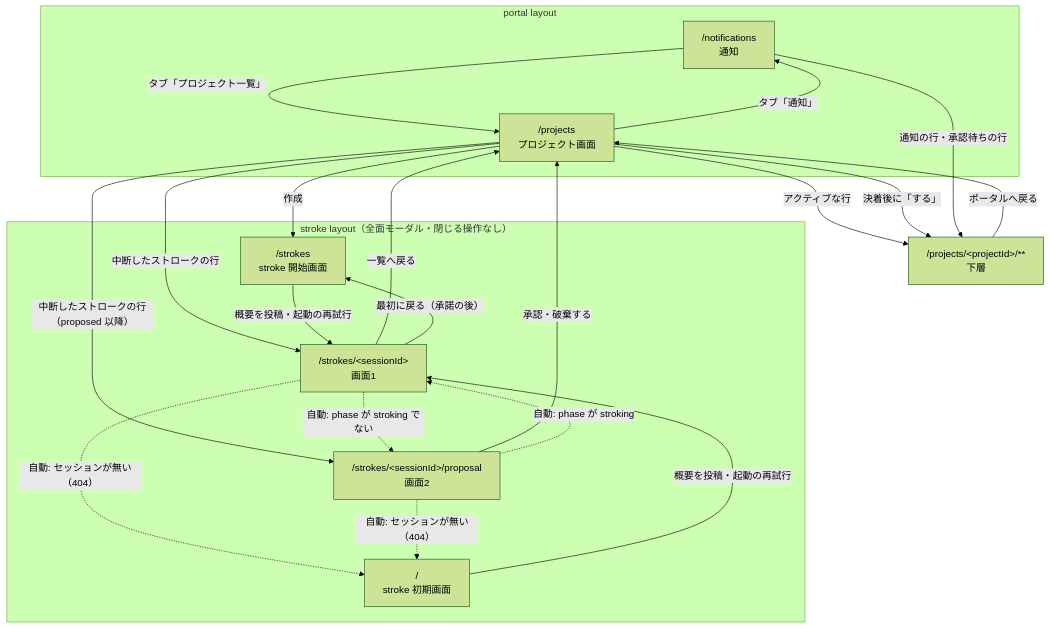
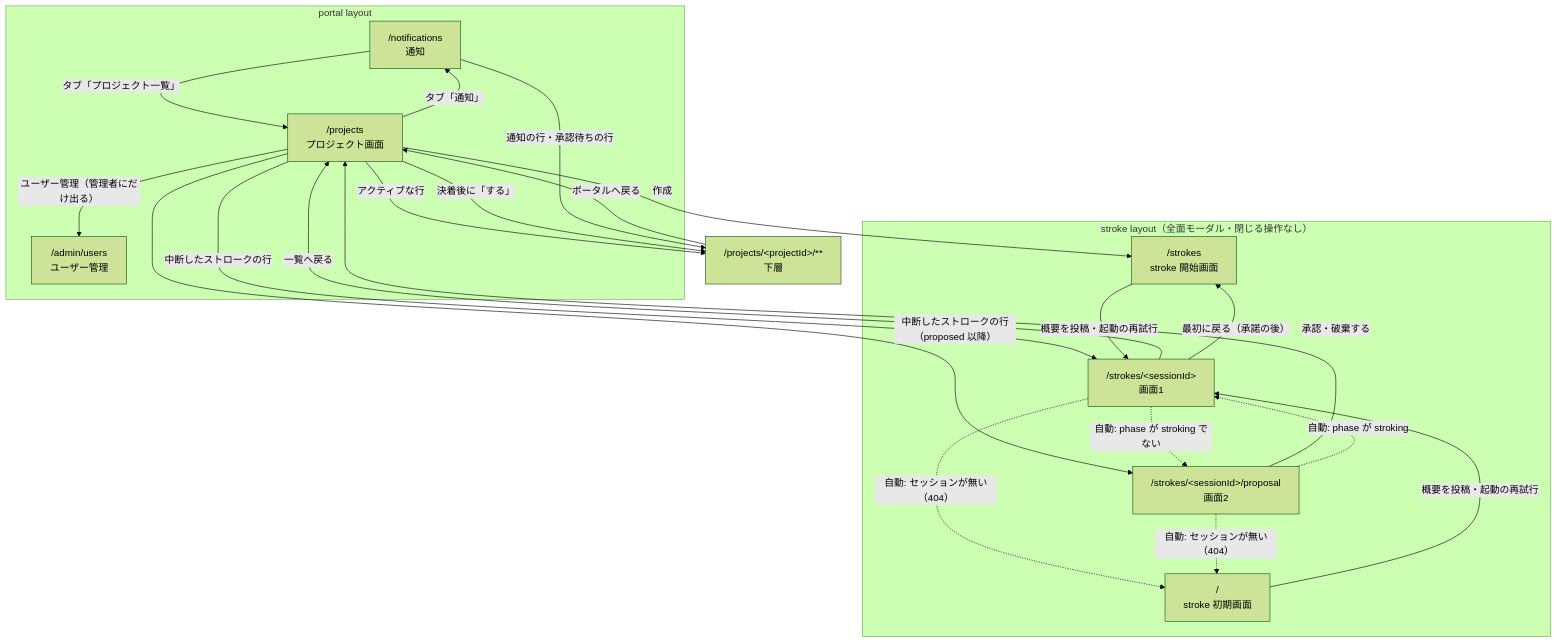
One commit to grrowapp/stroke changed the diagram in docs/specs/architecture/screen-flow.md. Above: the diagram before and after it, drawn with Mermaid (forest theme). The commit also changed other lines of this file and 8 other files, not shown here.

````diff
--- a/docs/specs/architecture/screen-flow.md
+++ b/docs/specs/architecture/screen-flow.md
@@ -43,37 +44,39 @@
 ```mermaid
 flowchart TB
   subgraph portal["portal layout"]
     notifications["/notifications<br>通知"]
     projects["/projects<br>プロジェクト画面"]
+    admin["/admin/users<br>ユーザー管理"]
   end
 
   subgraph stroke["stroke layout（全面モーダル・閉じる操作なし）"]
     root["/<br>stroke 初期画面"]
     start["/strokes<br>stroke 開始画面"]
     s1["/strokes/&lt;sessionId&gt;<br>画面1"]
     s2["/strokes/&lt;sessionId&gt;/proposal<br>画面2"]
   end
 
   workspace["/projects/&lt;projectId&gt;/**<br>下層"]
 
   notifications -- "タブ「プロジェクト一覧」" --> projects
   projects -- "タブ「通知」" --> notifications
+  projects -- "ユーザー管理（管理者にだけ出る）" --> admin
   projects -- "作成" --> start
   projects -- "中断したストロークの行" --> s1
   projects -- "中断したストロークの行（proposed 以降）" --> s2
   projects -- "アクティブな行" --> workspace
   projects -- "決着後に「する」" --> workspace
   notifications -- "通知の行・承認待ちの行" --> workspace
   workspace -- "ポータルへ戻る" --> projects
 
   root -- "概要を投稿・起動の再試行" --> s1
   start -- "概要を投稿・起動の再試行" --> s1
   s1 -- "一覧へ戻る" --> projects
   s1 -- "最初に戻る（承諾の後）" --> start
   s2 -- "承認・破棄する" --> projects
 
   s1 -. "自動: phase が stroking でない" .-> s2
   s2 -. "自動: phase が stroking" .-> s1
   s1 -. "自動: セッションが無い（404）" .-> root
   s2 -. "自動: セッションが無い（404）" .-> root
 ```
````
